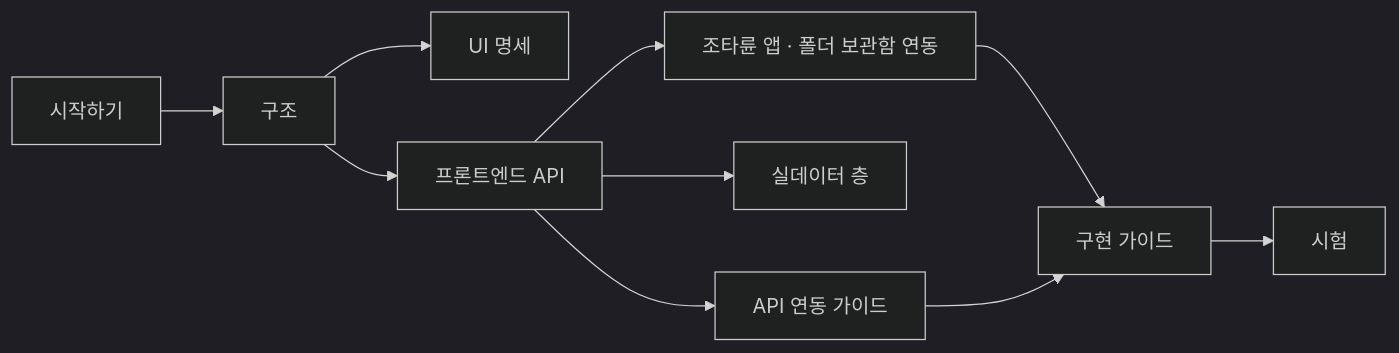
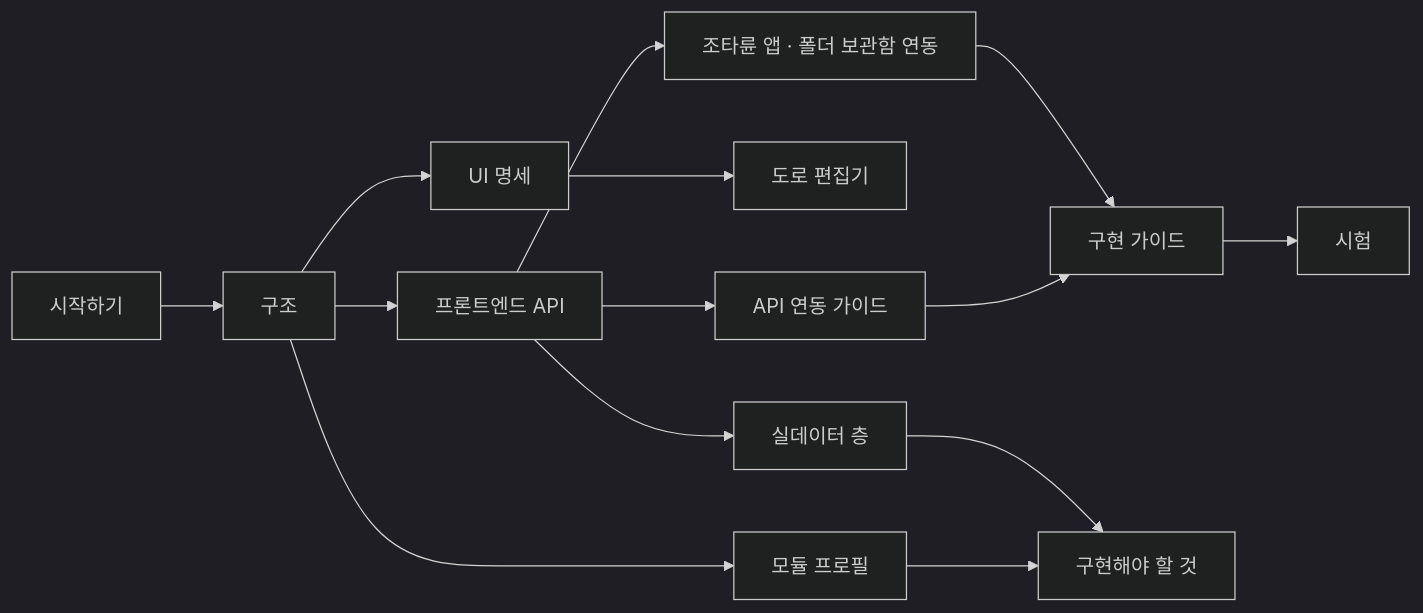
One commit to StellaxiaLab/modules changed the diagram in common/lab.stellaxia.node-gui/web/docs/README.md. Above: the diagram before and after it, drawn with Mermaid (dark theme). The commit also changed other lines of this file and 14 other files, not shown here.

````diff
--- a/common/lab.stellaxia.node-gui/web/docs/README.md
+++ b/common/lab.stellaxia.node-gui/web/docs/README.md
@@ -38,10 +42,14 @@
 ```mermaid
 flowchart LR
   A["시작하기"] --> B["구조"] --> C["UI 명세"]
+  B --> MP["모듈 프로필"]
+  C --> RE["도로 편집기"]
   B --> D["프론트엔드 API"] --> E["조타륜 앱 · 폴더 보관함 연동"]
   D --> R["실데이터 층"]
   D --> F["API 연동 가이드"]
   E --> G["구현 가이드"]
   F --> G
+  R --> BL["구현해야 할 것"]
+  MP --> BL
   G --> H["시험"]
 ```
````
